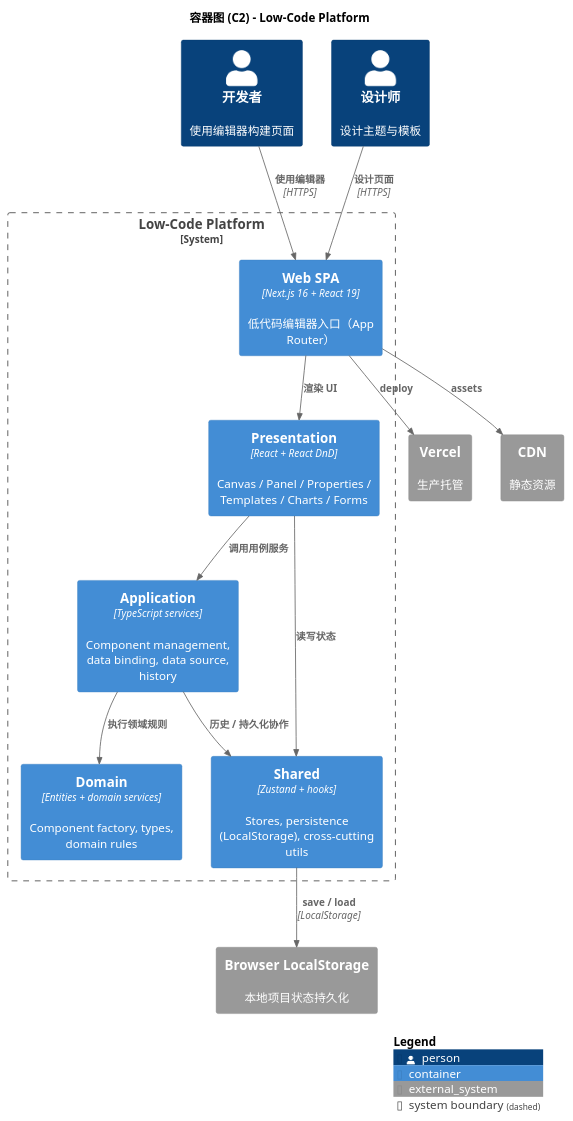
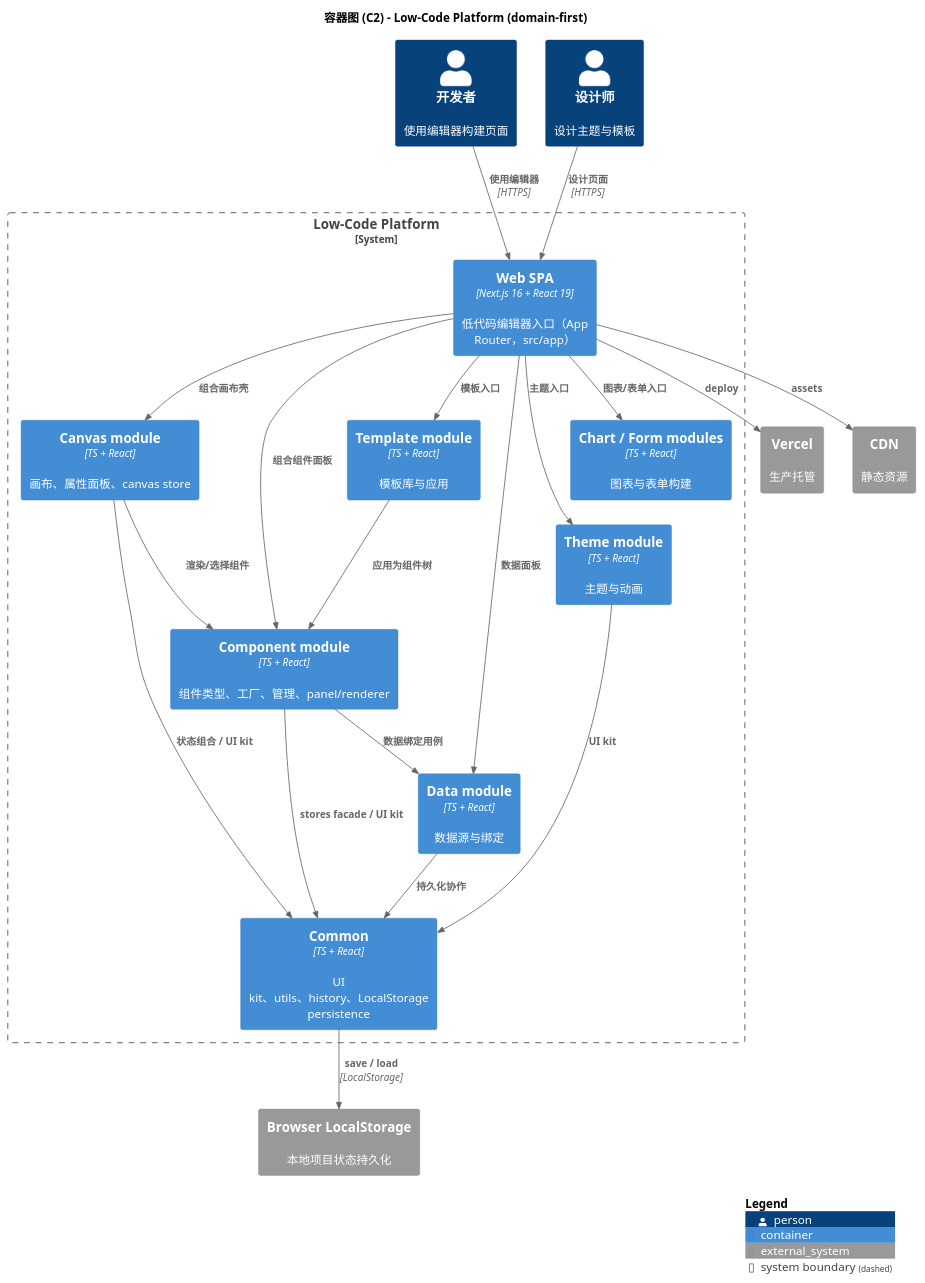
Before and after one commit to felixzhu97/low-code-platform: the diagram in docs/developer/c4-model/C2-Container.puml, drawn with PlantUML. The commit also changed 308 other files, not shown here.

First line of the commit message:
refactor: organize source by business domain like ExploreAI (#7)

```diff
--- a/docs/developer/c4-model/C2-Container.puml
+++ b/docs/developer/c4-model/C2-Container.puml
@@ -1,38 +1,50 @@
 @startuml C2-Container
 !include https://raw.githubusercontent.com/plantuml-stdlib/C4-PlantUML/master/C4_Container.puml
 
 LAYOUT_WITH_LEGEND()
 
-title 容器图 (C2) - Low-Code Platform
+title 容器图 (C2) - Low-Code Platform (domain-first)
 
 Person(developer, "开发者", "使用编辑器构建页面")
 Person(designer, "设计师", "设计主题与模板")
 
 System_Boundary(lcp, "Low-Code Platform") {
-    Container(spa, "Web SPA", "Next.js 16 + React 19", "低代码编辑器入口（App Router）")
+    Container(spa, "Web SPA", "Next.js 16 + React 19", "低代码编辑器入口（App Router，src/app）")
 
-    Container(presentation, "Presentation", "React + React DnD", "Canvas / Panel / Properties / Templates / Charts / Forms")
-    Container(application, "Application", "TypeScript services", "Component management, data binding, data source, history")
-    Container(domain, "Domain", "Entities + domain services", "Component factory, types, domain rules")
-    Container(shared, "Shared", "Zustand + hooks", "Stores, persistence (LocalStorage), cross-cutting utils")
+    Container(canvasMod, "Canvas module", "TS + React", "画布、属性面板、canvas store")
+    Container(componentMod, "Component module", "TS + React", "组件类型、工厂、管理、panel/renderer")
+    Container(templateMod, "Template module", "TS + React", "模板库与应用")
+    Container(themeMod, "Theme module", "TS + React", "主题与动画")
+    Container(dataMod, "Data module", "TS + React", "数据源与绑定")
+    Container(chartForm, "Chart / Form modules", "TS + React", "图表与表单构建")
+    Container(commonMod, "Common", "TS + React", "UI kit、utils、history、LocalStorage persistence")
 }
 
 System_Ext(browser_storage, "Browser LocalStorage", "本地项目状态持久化")
 System_Ext(vercel, "Vercel", "生产托管")
 System_Ext(cdn, "CDN", "静态资源")
 
 Rel(developer, spa, "使用编辑器", "HTTPS")
 Rel(designer, spa, "设计页面", "HTTPS")
 
-Rel(spa, presentation, "渲染 UI")
-Rel(presentation, application, "调用用例服务")
-Rel(application, domain, "执行领域规则")
-Rel(presentation, shared, "读写状态")
-Rel(application, shared, "历史 / 持久化协作")
-Rel(shared, browser_storage, "save / load", "LocalStorage")
+Rel(spa, canvasMod, "组合画布壳")
+Rel(spa, componentMod, "组合组件面板")
+Rel(spa, templateMod, "模板入口")
+Rel(spa, themeMod, "主题入口")
+Rel(spa, dataMod, "数据面板")
+Rel(spa, chartForm, "图表/表单入口")
+
+Rel(canvasMod, componentMod, "渲染/选择组件")
+Rel(canvasMod, commonMod, "状态组合 / UI kit")
+Rel(componentMod, dataMod, "数据绑定用例")
+Rel(componentMod, commonMod, "stores facade / UI kit")
+Rel(templateMod, componentMod, "应用为组件树")
+Rel(themeMod, commonMod, "UI kit")
+Rel(dataMod, commonMod, "持久化协作")
+Rel(commonMod, browser_storage, "save / load", "LocalStorage")
 
 Rel(spa, vercel, "deploy")
 Rel(spa, cdn, "assets")
 
 SHOW_LEGEND()
 @enduml
```
